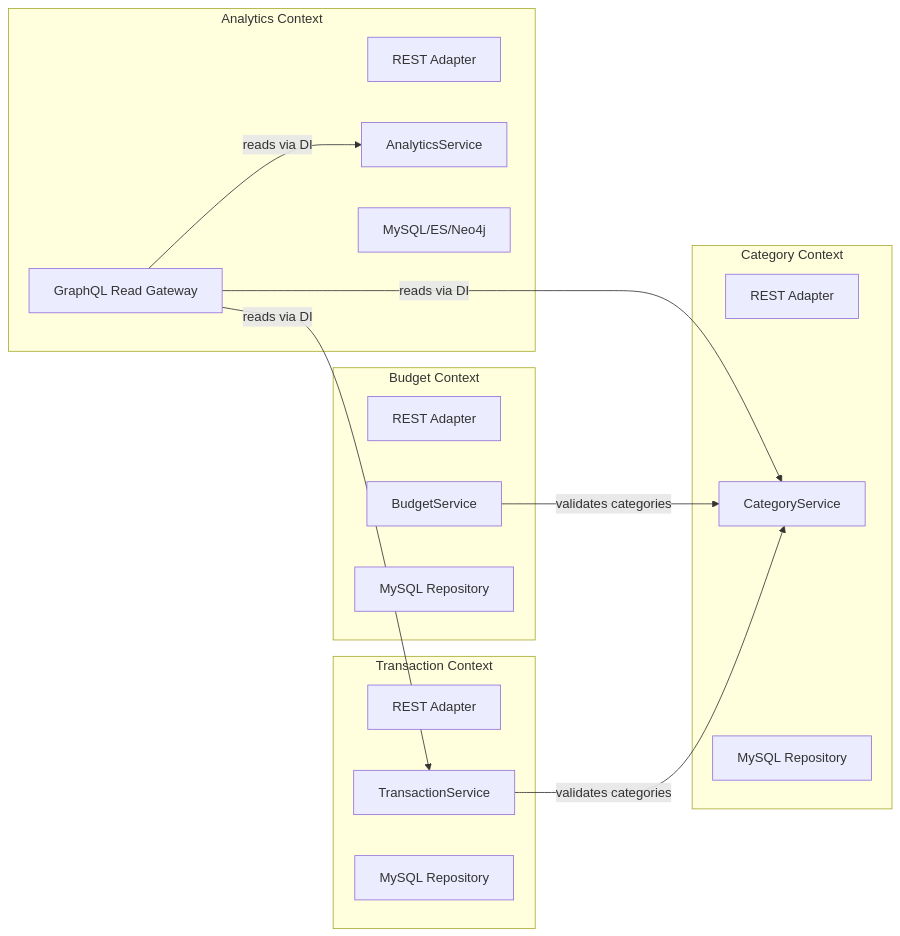
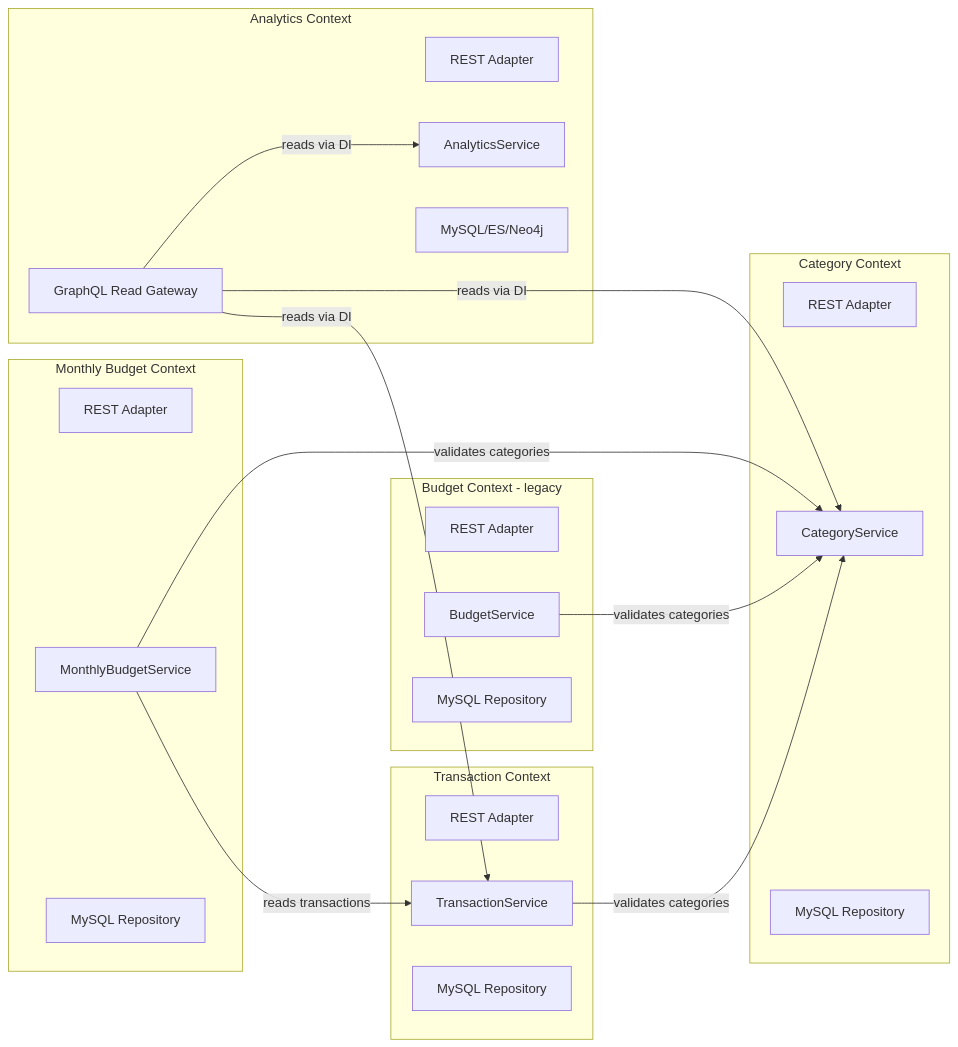
One commit to Jothom2912/Finance-Tracker changed the third of 7 diagrams in docs/MANDATORY_ASSIGNMENT_1_REPORT.md. Above: the diagram before and after it, drawn with Mermaid. The commit also changed other lines of this file and 4 other files, not shown here.

````diff
--- a/docs/MANDATORY_ASSIGNMENT_1_REPORT.md
+++ b/docs/MANDATORY_ASSIGNMENT_1_REPORT.md
@@ -219,33 +220,41 @@
 ```mermaid
 graph LR
     subgraph transaction [Transaction Context]
         T_IN[REST Adapter]
         T_SVC[TransactionService]
         T_OUT[MySQL Repository]
     end
 
-    subgraph budget [Budget Context]
+    subgraph budget [Budget Context - legacy]
         B_IN[REST Adapter]
         B_SVC[BudgetService]
         B_OUT[MySQL Repository]
+    end
+
+    subgraph monthlybudget [Monthly Budget Context]
+        MB_IN[REST Adapter]
+        MB_SVC[MonthlyBudgetService]
+        MB_OUT[MySQL Repository]
     end
 
     subgraph category [Category Context]
         C_IN[REST Adapter]
         C_SVC[CategoryService]
         C_OUT[MySQL Repository]
     end
 
     subgraph analytics [Analytics Context]
         A_REST[REST Adapter]
         A_GQL["GraphQL Read Gateway"]
         A_SVC[AnalyticsService]
         A_OUT[MySQL/ES/Neo4j]
     end
 
     A_GQL -->|"reads via DI"| T_SVC
     A_GQL -->|"reads via DI"| C_SVC
     A_GQL -->|"reads via DI"| A_SVC
+    MB_SVC -->|"validates categories"| C_SVC
+    MB_SVC -->|"reads transactions"| T_SVC
     B_SVC -->|"validates categories"| C_SVC
     T_SVC -->|"validates categories"| C_SVC
 ```
````
